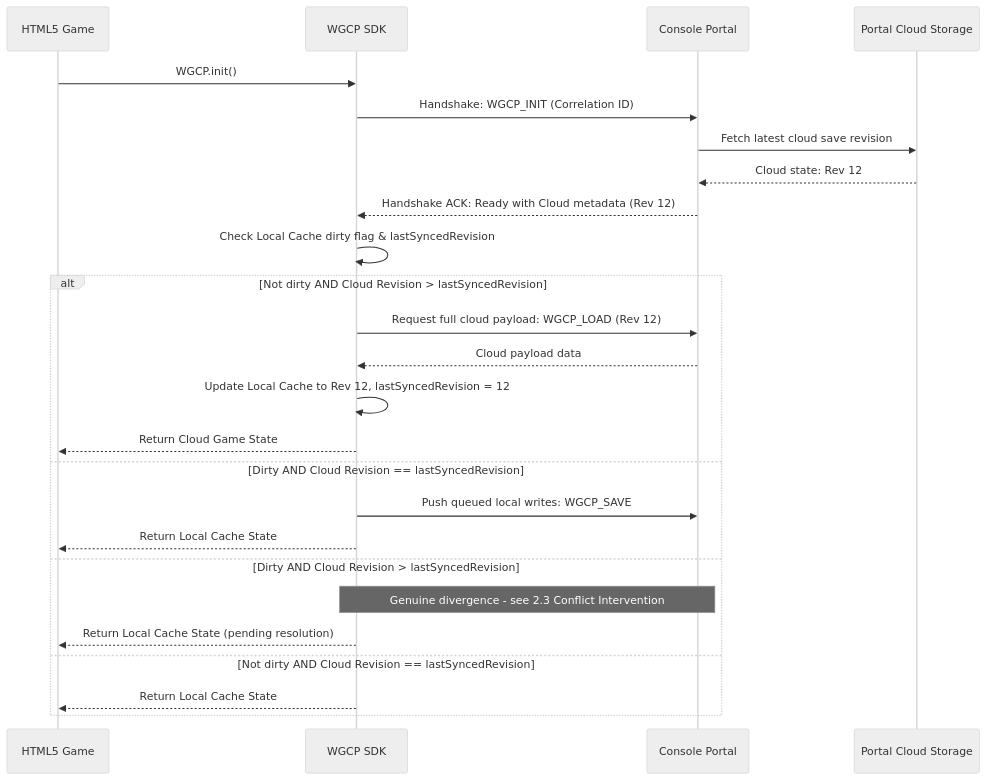
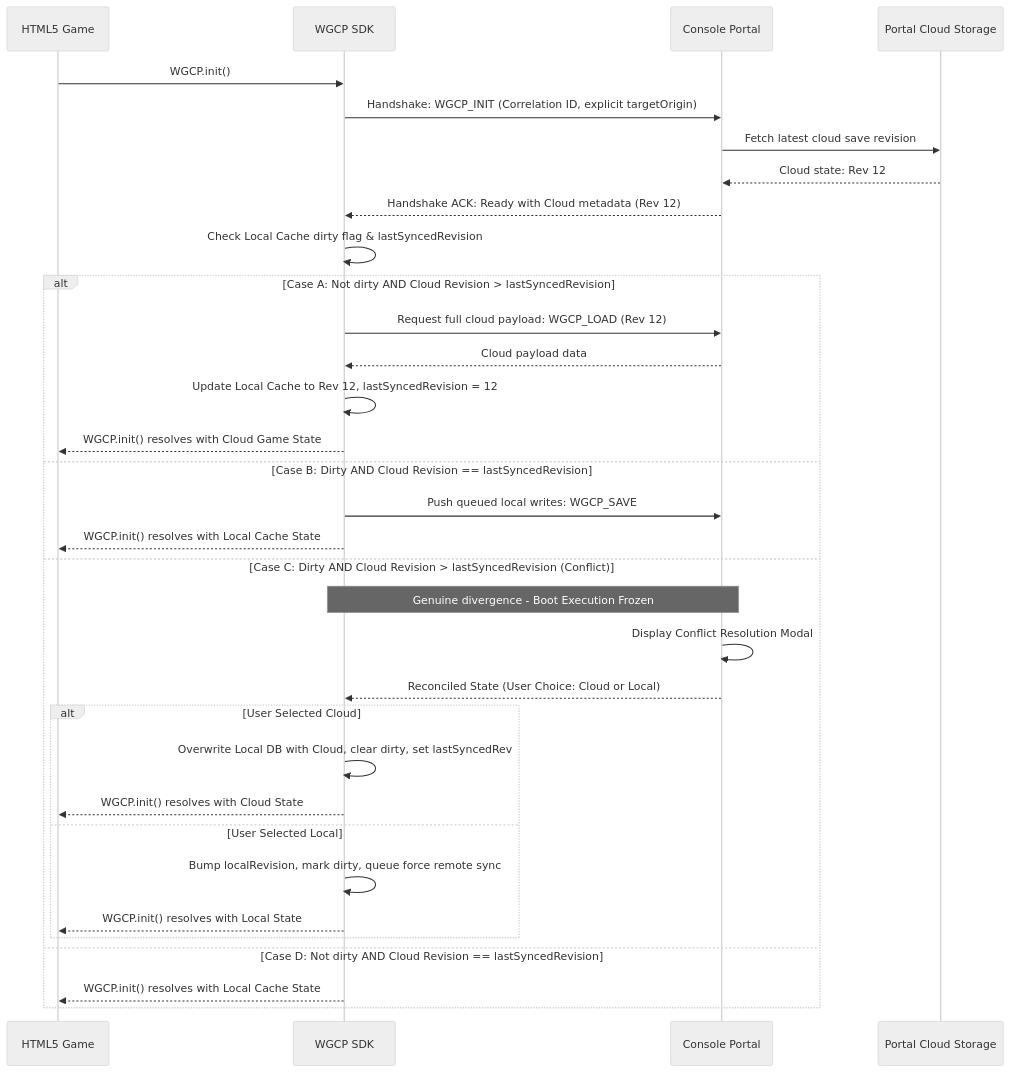
Before and after one commit to svijaykoushik/wgcp: the first of 3 diagrams in .agents/memory/proposals/P-002-game-sdk-storage-sync.md, drawn with Mermaid (neutral theme). The commit also changed other lines of this file and 9 other files, not shown here.

````diff
--- a/.agents/memory/proposals/P-002-game-sdk-storage-sync.md
+++ b/.agents/memory/proposals/P-002-game-sdk-storage-sync.md
@@ -79,29 +107,37 @@
 ```mermaid
 sequenceDiagram
     participant Game as HTML5 Game
     participant SDK as WGCP SDK
     participant Portal as Console Portal
     participant Cloud as Portal Cloud Storage
 
     Game->>SDK: WGCP.init()
-    SDK->>Portal: Handshake: WGCP_INIT (Correlation ID)
+    SDK->>Portal: Handshake: WGCP_INIT (Correlation ID, explicit targetOrigin)
     Portal->>Cloud: Fetch latest cloud save revision
     Cloud-->>Portal: Cloud state: Rev 12
     Portal-->>SDK: Handshake ACK: Ready with Cloud metadata (Rev 12)
 
     SDK->>SDK: Check Local Cache dirty flag & lastSyncedRevision
-    alt Not dirty AND Cloud Revision > lastSyncedRevision
+    alt Case A: Not dirty AND Cloud Revision > lastSyncedRevision
         SDK->>Portal: Request full cloud payload: WGCP_LOAD (Rev 12)
         Portal-->>SDK: Cloud payload data
         SDK->>SDK: Update Local Cache to Rev 12, lastSyncedRevision = 12
-        SDK-->>Game: Return Cloud Game State
-    else Dirty AND Cloud Revision == lastSyncedRevision
+        SDK-->>Game: WGCP.init() resolves with Cloud Game State
+    else Case B: Dirty AND Cloud Revision == lastSyncedRevision
         SDK->>Portal: Push queued local writes: WGCP_SAVE
-        SDK-->>Game: Return Local Cache State
-    else Dirty AND Cloud Revision > lastSyncedRevision
-        Note over SDK,Portal: Genuine divergence - see 2.3 Conflict Intervention
-        SDK-->>Game: Return Local Cache State (pending resolution)
-    else Not dirty AND Cloud Revision == lastSyncedRevision
-        SDK-->>Game: Return Local Cache State
+        SDK-->>Game: WGCP.init() resolves with Local Cache State
+    else Case C: Dirty AND Cloud Revision > lastSyncedRevision (Conflict)
+        Note over SDK,Portal: Genuine divergence - Boot Execution Frozen
+        Portal->>Portal: Display Conflict Resolution Modal
+        Portal-->>SDK: Reconciled State (User Choice: Cloud or Local)
+        alt User Selected Cloud
+            SDK->>SDK: Overwrite Local DB with Cloud, clear dirty, set lastSyncedRev
+            SDK-->>Game: WGCP.init() resolves with Cloud State
+        else User Selected Local
+            SDK->>SDK: Bump localRevision, mark dirty, queue force remote sync
+            SDK-->>Game: WGCP.init() resolves with Local State
+        end
+    else Case D: Not dirty AND Cloud Revision == lastSyncedRevision
+        SDK-->>Game: WGCP.init() resolves with Local Cache State
     end
 ```
````
